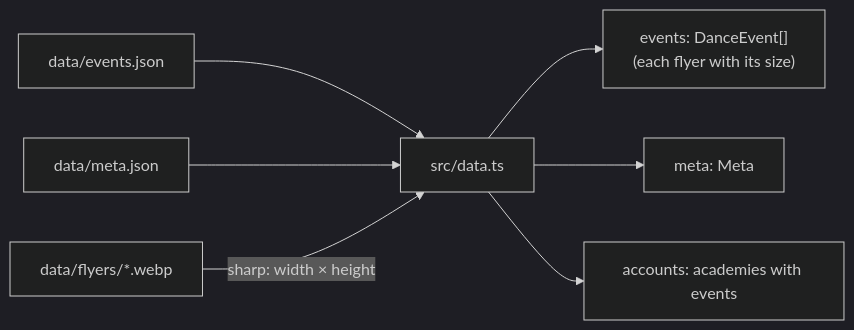
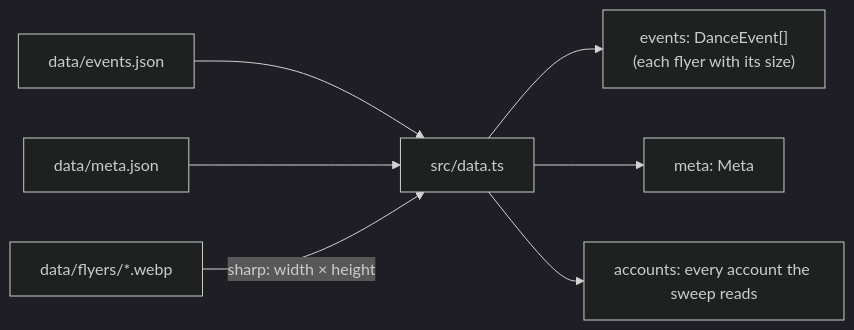
The third of 9 diagrams in docs/ARCHITECTURE.md (pa-bailar/pa-bailar.github.io), drawn with Mermaid (dark theme) before and after one commit. The commit also changed other lines of this file and 6 other files, not shown here.

````diff
--- a/docs/ARCHITECTURE.md
+++ b/docs/ARCHITECTURE.md
@@ -147,9 +147,9 @@
 ```mermaid
 flowchart LR
     EJ["data/events.json"] --> DT["src/data.ts"]
     MJ["data/meta.json"] --> DT
     FL["data/flyers/*.webp"] -- "sharp: width × height" --> DT
     DT --> EV["events: DanceEvent[]<br/>(each flyer with its size)"]
     DT --> ME["meta: Meta"]
-    DT --> AC["accounts: academies with events"]
+    DT --> AC["accounts: every account the sweep reads"]
 ```
````
